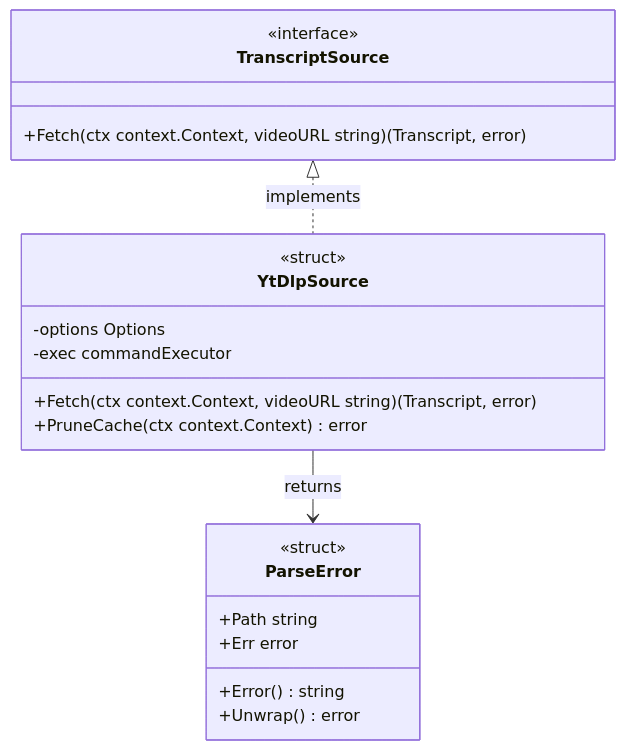
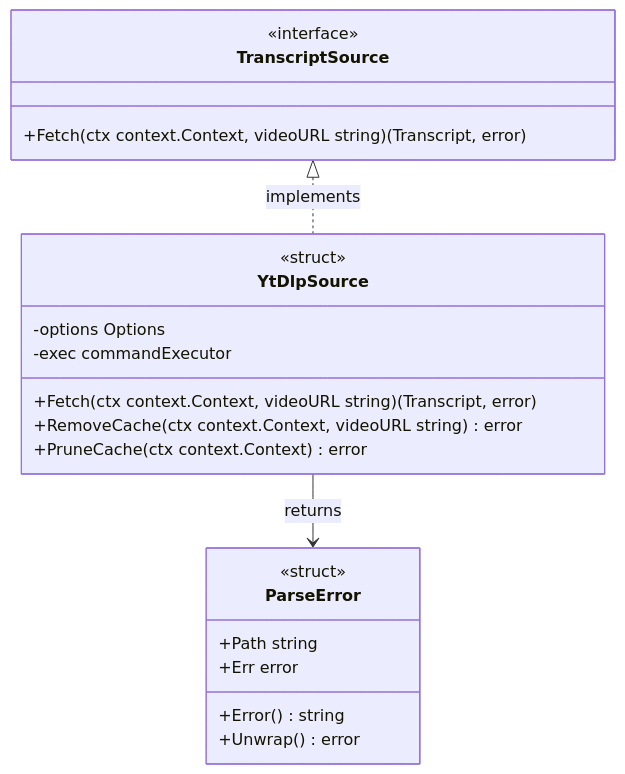
One commit to isseis/yt2column changed the sixth of 11 diagrams in docs/tasks/0002_ytdlp_transcript_source/02_architecture.md. Above: the diagram before and after it, drawn with Mermaid. The commit also changed other lines of this file, not shown here.

First line of the commit message:
docs(0002): design RemoveCache for one video's cache

````diff
--- a/docs/tasks/0002_ytdlp_transcript_source/02_architecture.md
+++ b/docs/tasks/0002_ytdlp_transcript_source/02_architecture.md
@@ -487,23 +500,24 @@
 ```mermaid
 classDiagram
     class ParseError {
         <<struct>>
         +Path string
         +Err error
         +Error() string
         +Unwrap() error
     }
     class TranscriptSource {
         <<interface>>
         +Fetch(ctx context.Context, videoURL string) (Transcript, error)
     }
     class YtDlpSource {
         <<struct>>
         -options Options
         -exec commandExecutor
         +Fetch(ctx context.Context, videoURL string) (Transcript, error)
+        +RemoveCache(ctx context.Context, videoURL string) error
         +PruneCache(ctx context.Context) error
     }
     TranscriptSource <|.. YtDlpSource : implements
     YtDlpSource --> ParseError : returns
 ```
````
